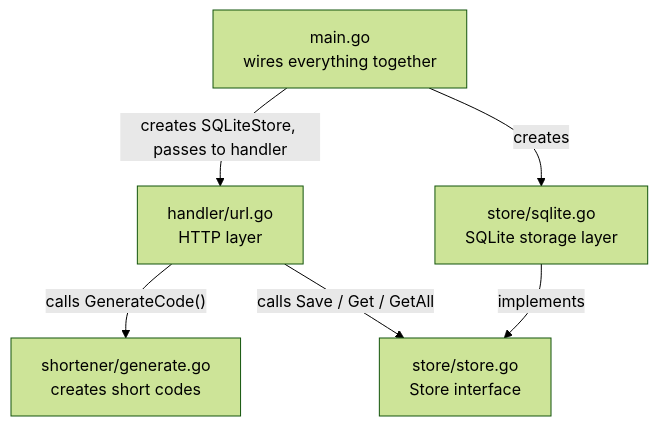
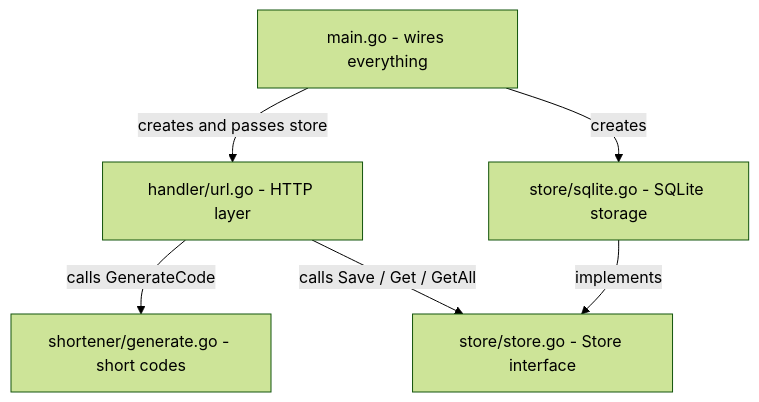
One commit to Godspowerj/go-url-shortener-system-design changed the fourth of 5 diagrams in README.md. Above: the diagram before and after it, drawn with Mermaid (forest theme). The commit also changed other lines of this file, not shown here.

First line of the commit message:
fix: fix Mermaid diagram syntax for GitHub renderer

````diff
--- a/README.md
+++ b/README.md
@@ -116,14 +116,14 @@
 ```mermaid
 graph TD
-    main["main.go\nwires everything together"]
-    handler["handler/url.go\nHTTP layer"]
-    shortener["shortener/generate.go\ncreates short codes"]
-    storeInterface["store/store.go\nStore interface"]
-    sqlite["store/sqlite.go\nSQLite storage layer"]
+    main["main.go - wires everything"]
+    handler["handler/url.go - HTTP layer"]
+    shortener["shortener/generate.go - short codes"]
+    storeInterface["store/store.go - Store interface"]
+    sqlite["store/sqlite.go - SQLite storage"]
 
-    main -->|"creates SQLiteStore, passes to handler"| handler
-    main -->|"creates"| sqlite
-    sqlite -->|"implements"| storeInterface
-    handler -->|"calls GenerateCode()"| shortener
-    handler -->|"calls Save / Get / GetAll"| storeInterface
+    main -->|creates and passes store| handler
+    main -->|creates| sqlite
+    sqlite -->|implements| storeInterface
+    handler -->|calls GenerateCode| shortener
+    handler -->|calls Save / Get / GetAll| storeInterface
 ```
````
